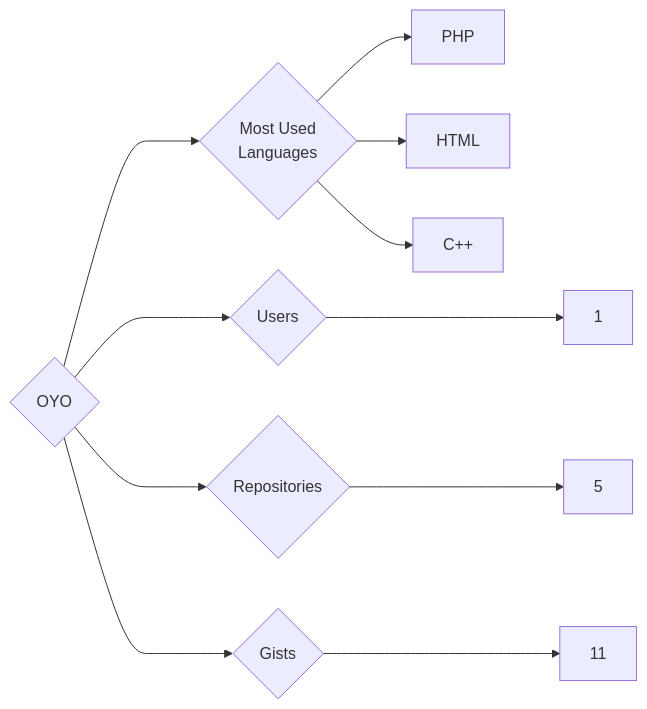
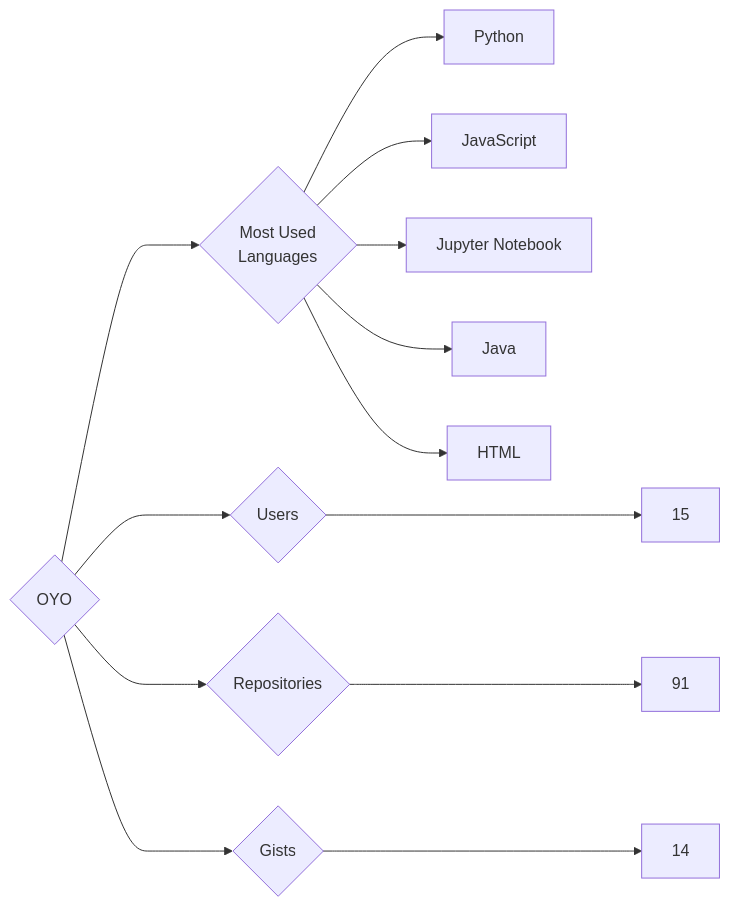
Before and after one commit to trickest/insiders: the diagram in targets/OYO/README.md, drawn with Mermaid. The commit also changed 928 other files, not shown here.

````diff
--- a/targets/OYO/README.md
+++ b/targets/OYO/README.md
@@ -3,11 +3,13 @@
 ```mermaid
 graph LR
 COMPANY_NAME{OYO}
-COMPANY_NAME ---> U{Users} ---> UN[1]
-COMPANY_NAME ---> R{Repositories} ---> RN[5]
-COMPANY_NAME ---> G{Gists} ---> GN[11]
+COMPANY_NAME ---> U{Users} ---> UN[15]
+COMPANY_NAME ---> R{Repositories} ---> RN[91]
+COMPANY_NAME ---> G{Gists} ---> GN[14]
 COMPANY_NAME ---> ML{Most Used<br>Languages}
-ML --> PHP[PHP]
+ML --> Python[Python]
+ML --> JavaScript[JavaScript]
+ML --> Jupyter_Notebook[Jupyter Notebook]
+ML --> Java[Java]
 ML --> HTML[HTML]
-ML --> C++[C++]
 ```
````
